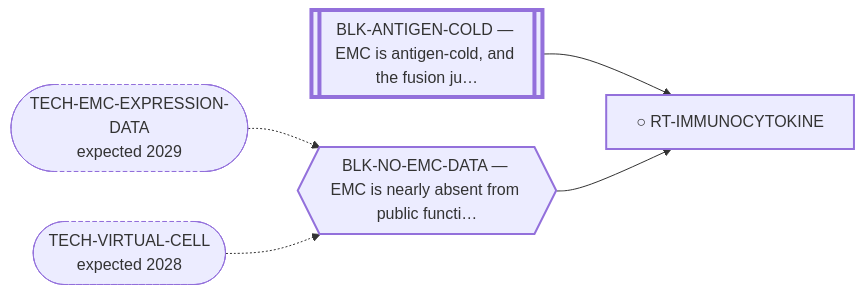
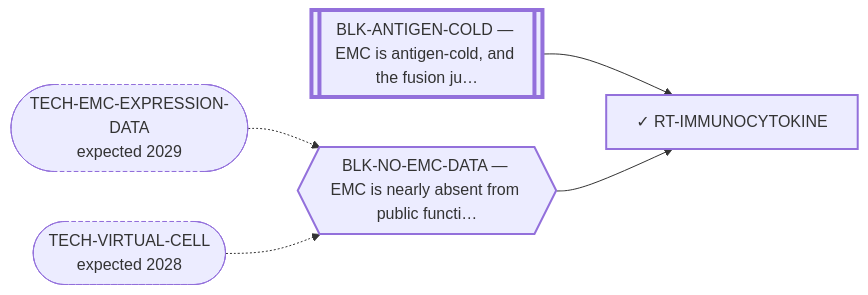
One commit to trimcrae/Rare-cancers changed the diagram in systems/views/L2-rt-immunocytokine.md. Above: the diagram before and after it, drawn with Mermaid. The commit also changed other lines of this file and 17 other files, not shown here.

````diff
--- a/systems/views/L2-rt-immunocytokine.md
+++ b/systems/views/L2-rt-immunocytokine.md
@@ -27,16 +27,16 @@
 ```mermaid
 flowchart LR
-  RT_IMMUNOCYTOKINE["○ RT-IMMUNOCYTOKINE"]:::fam
+  RT_IMMUNOCYTOKINE["✓ RT-IMMUNOCYTOKINE"]:::fam
   BLK_ANTIGEN_COLD[["BLK-ANTIGEN-COLD — EMC is antigen-cold, and the fusion ju…"]]:::perm
   BLK_ANTIGEN_COLD --> RT_IMMUNOCYTOKINE
   BLK_NO_EMC_DATA{{"BLK-NO-EMC-DATA — EMC is nearly absent from public functi…"}}:::blk
   BLK_NO_EMC_DATA --> RT_IMMUNOCYTOKINE
   TECH_EMC_EXPRESSION_DATA(["TECH-EMC-EXPRESSION-DATA<br/>expected 2029"]):::tech
   TECH_EMC_EXPRESSION_DATA -.-> BLK_NO_EMC_DATA
   TECH_VIRTUAL_CELL(["TECH-VIRTUAL-CELL<br/>expected 2028"]):::tech
   TECH_VIRTUAL_CELL -.-> BLK_NO_EMC_DATA
   classDef fam stroke-width:2px;
   classDef blk stroke-width:2px;
   classDef perm stroke-width:4px;
   classDef tech stroke-width:1px,stroke-dasharray:4 3;
 ```
````
